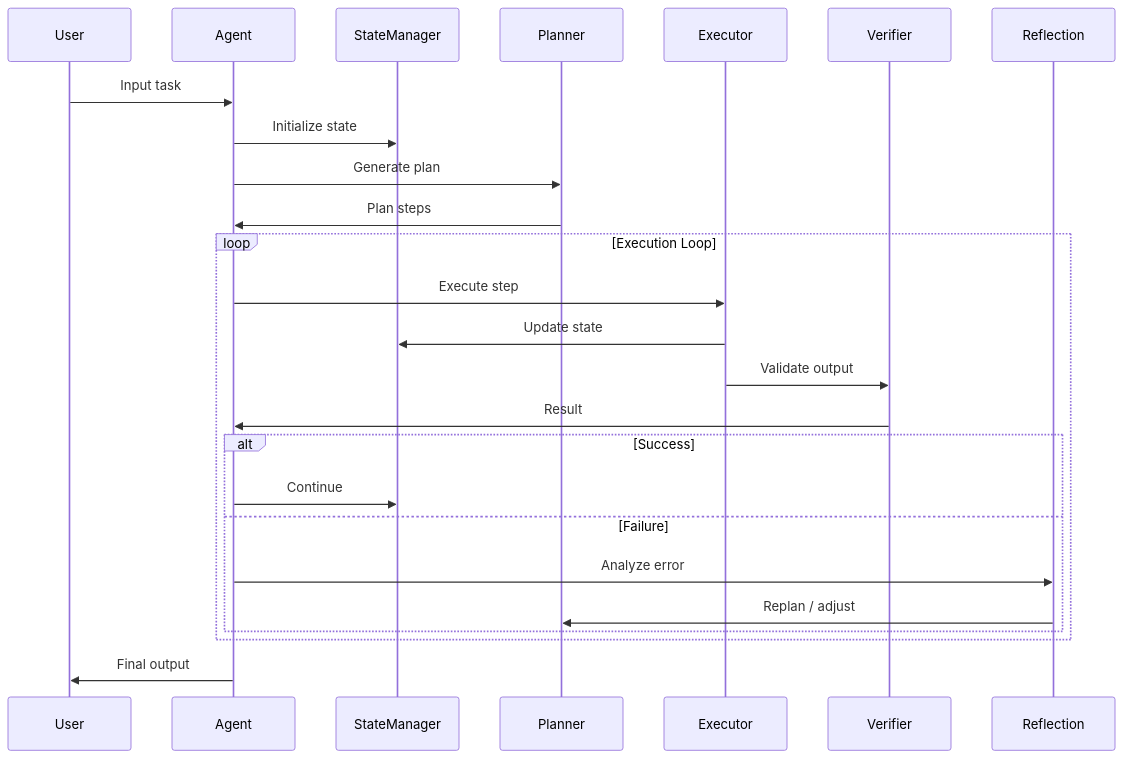
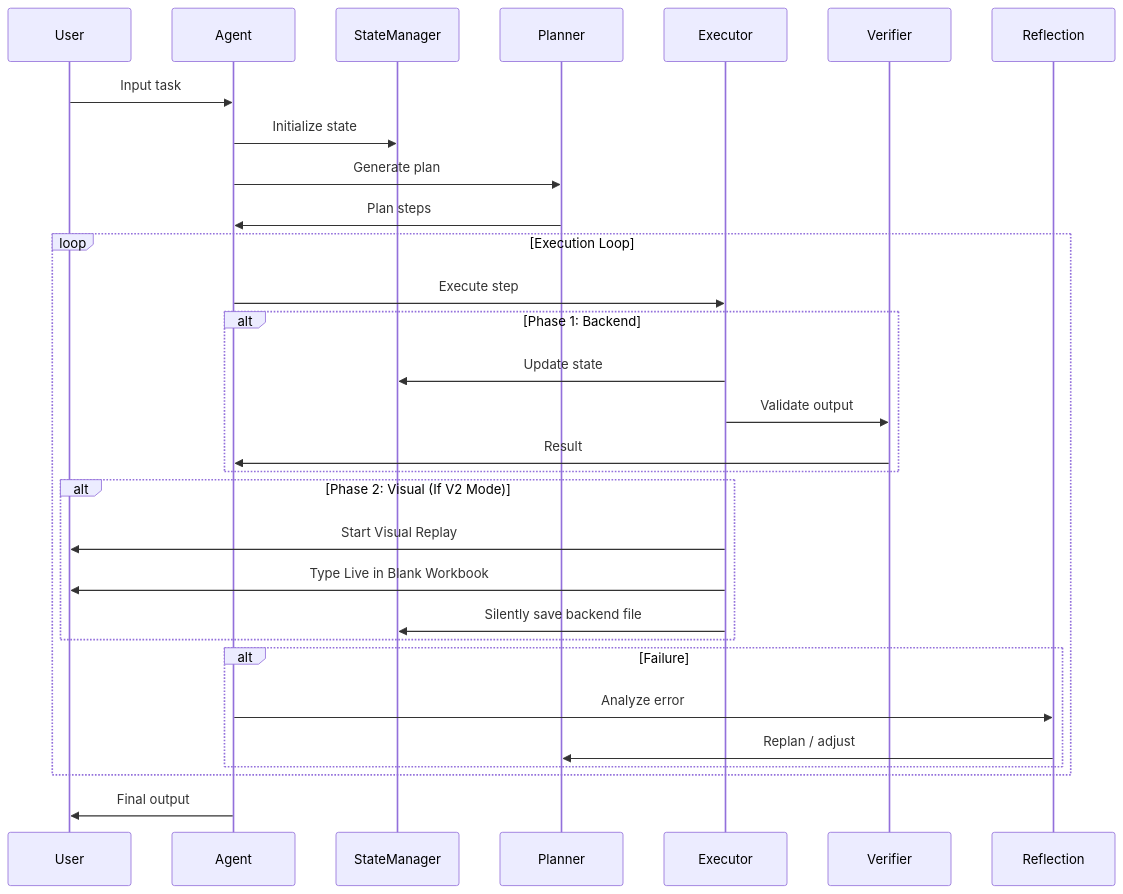
Before and after one commit to rah-9/ExcelAgent: the second of 3 diagrams in architecture_graph.md, drawn with Mermaid. The commit also changed other lines of this file and 7 other files, not shown here.

````diff
--- a/architecture_graph.md
+++ b/architecture_graph.md
@@ -53,31 +55,38 @@
 ```mermaid
 sequenceDiagram
     participant U as User
     participant A as Agent
     participant S as StateManager
     participant P as Planner
     participant E as Executor
     participant V as Verifier
     participant R as Reflection
 
     U->>A: Input task
     A->>S: Initialize state
     A->>P: Generate plan
     P->>A: Plan steps
 
     loop Execution Loop
         A->>E: Execute step
-        E->>S: Update state
-        E->>V: Validate output
-        V->>A: Result
+        
+        alt Phase 1: Backend
+            E->>S: Update state
+            E->>V: Validate output
+            V->>A: Result
+        end
+        
+        alt Phase 2: Visual (If V2 Mode)
+            E->>U: Start Visual Replay
+            E->>U: Type Live in Blank Workbook
+            E->>S: Silently save backend file
+        end
 
-        alt Success
-            A->>S: Continue
-        else Failure
+        alt Failure
             A->>R: Analyze error
             R->>P: Replan / adjust
         end
     end
 
     A->>U: Final output
 ```
````
